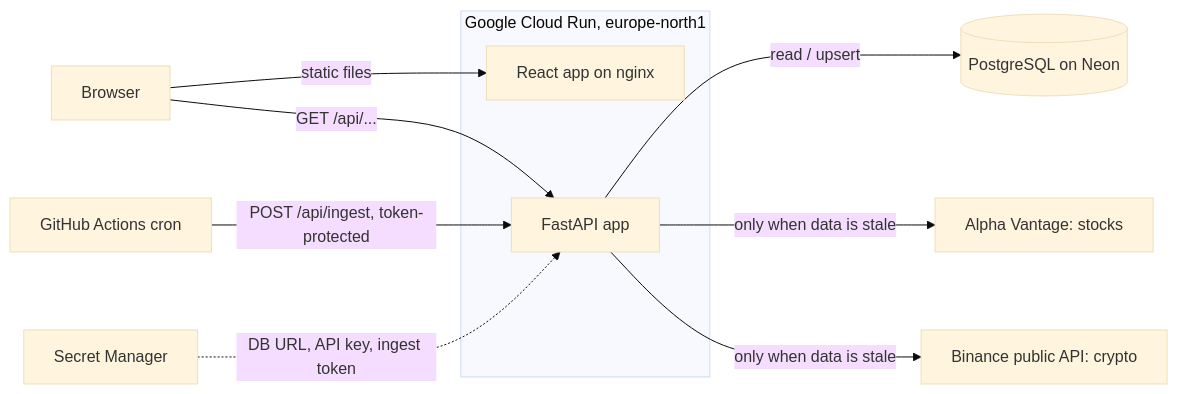
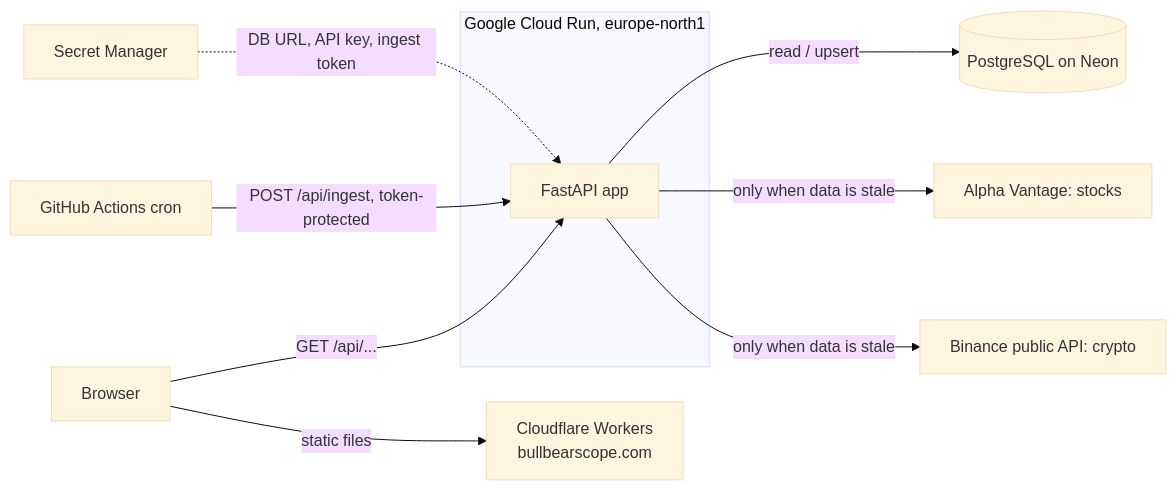
The diagram in README.md (EliasNiskanen/FastAPI-backend), drawn with Mermaid (base theme) before and after one commit. The commit also changed other lines of this file and 62 other files, not shown here.

First line of the commit message:
Redesign as BullBearScope: market modes, chart popup, comparison (#7)

````diff
--- a/README.md
+++ b/README.md
@@ -32,16 +96,15 @@
 ```mermaid
 flowchart LR
-    U[Browser] -->|static files| WEB
+    U[Browser] -->|static files| WEB[Cloudflare Workers<br/>bullbearscope.com]
     U -->|GET /api/...| API
 
     subgraph GCP[Google Cloud Run, europe-north1]
-        WEB[React app on nginx]
         API[FastAPI app]
     end
 
     CRON[GitHub Actions cron] -->|POST /api/ingest, token-protected| API
     API -->|read / upsert| DB[(PostgreSQL on Neon)]
     API -->|only when data is stale| AV[Alpha Vantage: stocks]
     API -->|only when data is stale| BN[Binance public API: crypto]
     SM[Secret Manager] -.->|DB URL, API key, ingest token| API
 ```
````
